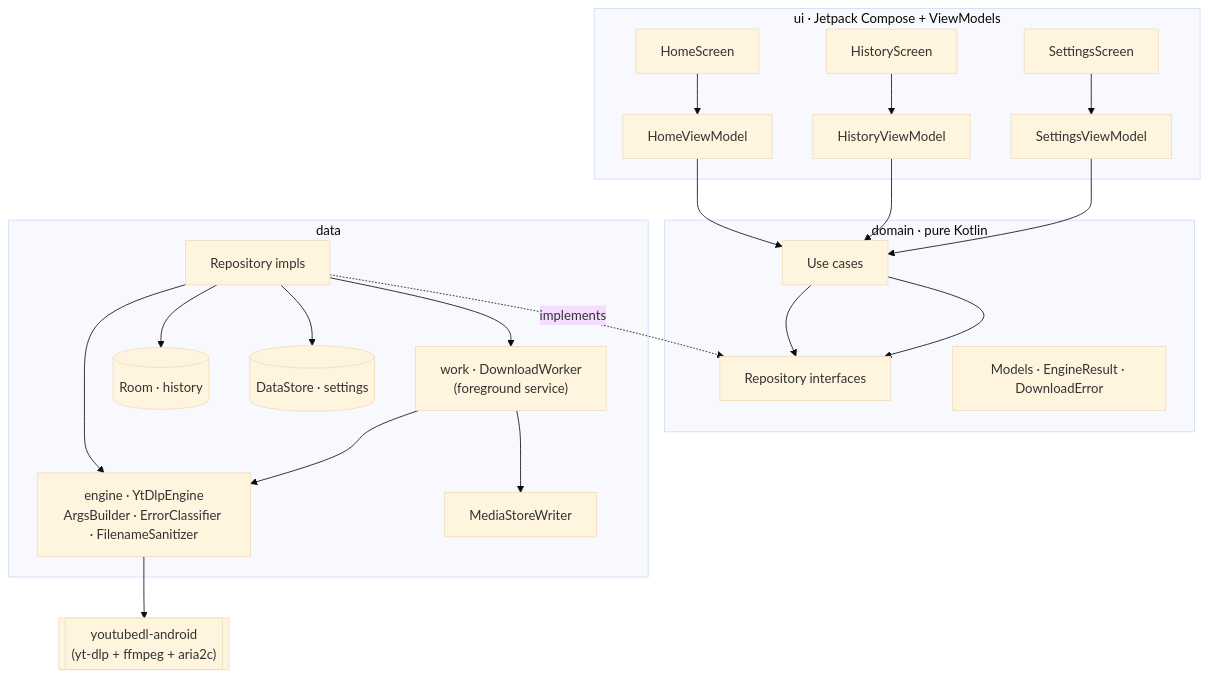
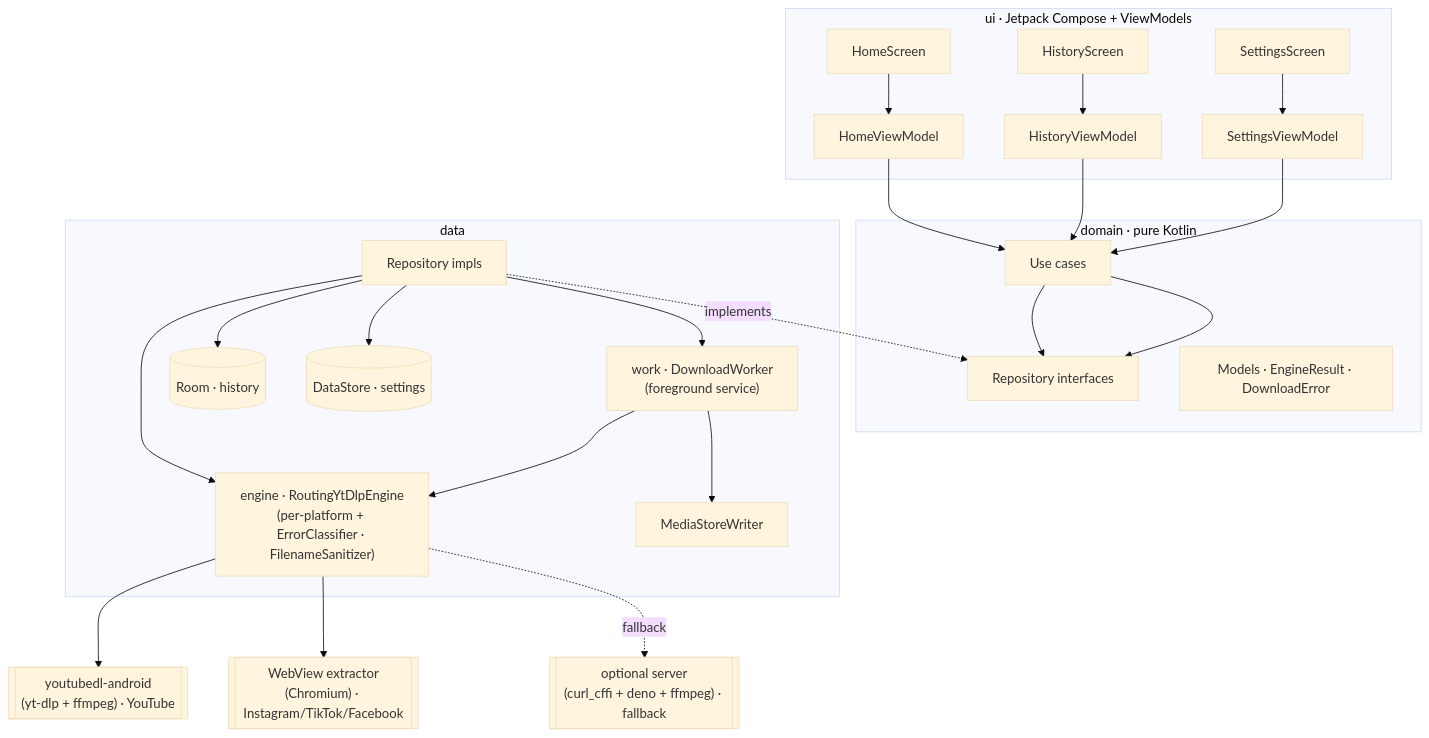
Before and after one commit to pepperonas/flipper-the-ripper: the diagram in README.md, drawn with Mermaid (base theme). The commit also changed other lines of this file and 2 other files, not shown here.

````diff
--- a/README.md
+++ b/README.md
@@ -106,34 +111,38 @@
 ```mermaid
 flowchart TD
     subgraph UI["ui · Jetpack Compose + ViewModels"]
         Home[HomeScreen] --> HVM[HomeViewModel]
         Hist[HistoryScreen] --> HiVM[HistoryViewModel]
         Set[SettingsScreen] --> SVM[SettingsViewModel]
     end
     subgraph DOMAIN["domain · pure Kotlin"]
         UC[Use cases] --> RIF[Repository interfaces]
         MODELS[Models · EngineResult · DownloadError]
     end
     subgraph DATA["data"]
         REPO[Repository impls]
-        ENGINE["engine · YtDlpEngine\nArgsBuilder · ErrorClassifier · FilenameSanitizer"]
+        ENGINE["engine · RoutingYtDlpEngine\n(per-platform + ErrorClassifier · FilenameSanitizer)"]
         WORK["work · DownloadWorker\n(foreground service)"]
         ROOM[(Room · history)]
         DS[(DataStore · settings)]
         MEDIA[MediaStoreWriter]
     end
-    YTDLP[["youtubedl-android\n(yt-dlp + ffmpeg + aria2c)"]]
+    YTDLP[["youtubedl-android\n(yt-dlp + ffmpeg) · YouTube"]]
+    WEBVIEW[["WebView extractor\n(Chromium) · Instagram/TikTok/Facebook"]]
+    SERVER[["optional server\n(curl_cffi + deno + ffmpeg) · fallback"]]
 
     HVM --> UC
     HiVM --> UC
     SVM --> UC
     UC --> RIF
     REPO -. implements .-> RIF
     REPO --> ENGINE
     REPO --> ROOM
     REPO --> WORK
     WORK --> ENGINE
     WORK --> MEDIA
     ENGINE --> YTDLP
+    ENGINE --> WEBVIEW
+    ENGINE -. fallback .-> SERVER
     REPO --> DS
 ```
````
